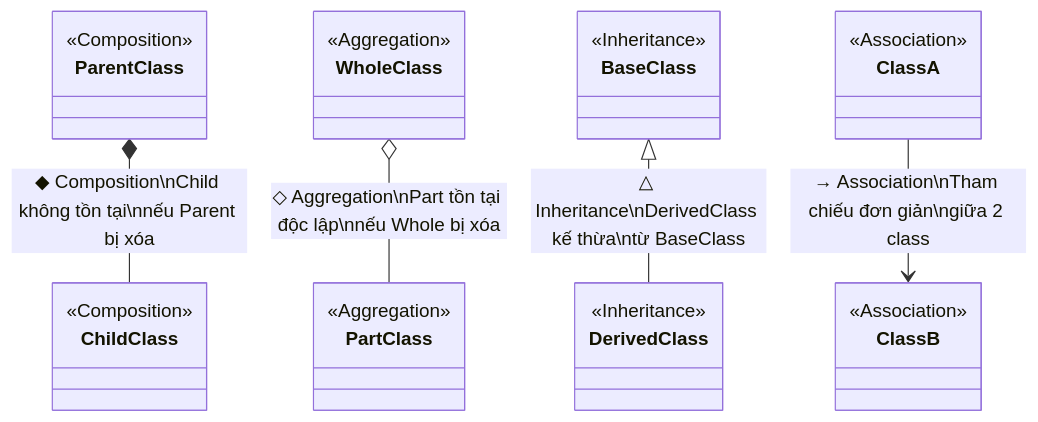
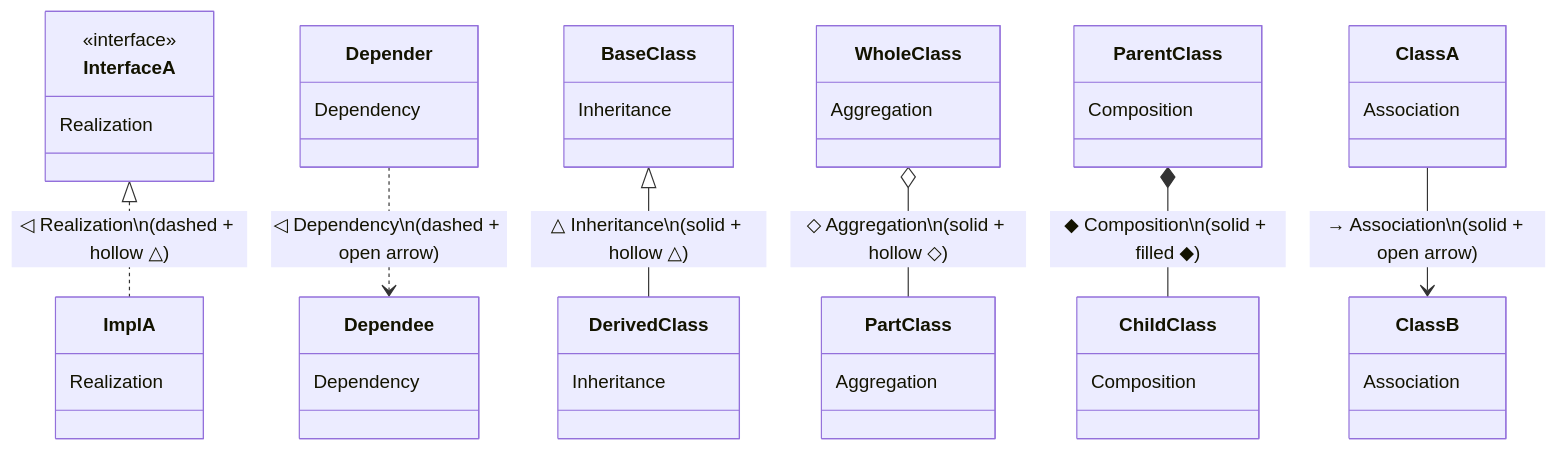
One commit to Capstonne-Project/greenlens-service changed the first of 44 diagrams in docs/BusinessRule/CLASS_DIAGRAMS.md. Above: the diagram before and after it, drawn with Mermaid. The commit also changed other lines of this file, not shown here.

Commit message:
chore(docs): uml relation notation

````diff
--- a/docs/BusinessRule/CLASS_DIAGRAMS.md
+++ b/docs/BusinessRule/CLASS_DIAGRAMS.md
@@ -12,32 +14,47 @@
 ```mermaid
 classDiagram
+    class InterfaceA {
+        <<interface>>
+        Realization
+    }
+    class ImplA {
+        Realization
+    }
+    class Depender {
+        Dependency
+    }
+    class Dependee {
+        Dependency
+    }
+    class BaseClass {
+        Inheritance
+    }
+    class DerivedClass {
+        Inheritance
+    }
+    class WholeClass {
+        Aggregation
+    }
+    class PartClass {
+        Aggregation
+    }
     class ParentClass {
-        <<Composition>>
+        Composition
     }
     class ChildClass {
-        <<Composition>>
-    }
-    class WholeClass {
-        <<Aggregation>>
-    }
-    class PartClass {
-        <<Aggregation>>
-    }
-    class BaseClass {
-        <<Inheritance>>
-    }
-    class DerivedClass {
-        <<Inheritance>>
+        Composition
     }
     class ClassA {
-        <<Association>>
+        Association
     }
     class ClassB {
-        <<Association>>
+        Association
     }
 
-    ParentClass *-- ChildClass : ◆ Composition\nChild không tồn tại\nnếu Parent bị xóa
-    WholeClass o-- PartClass : ◇ Aggregation\nPart tồn tại độc lập\nnếu Whole bị xóa
-    BaseClass <|-- DerivedClass : △ Inheritance\nDerivedClass kế thừa\ntừ BaseClass
-    ClassA --> ClassB : → Association\nTham chiếu đơn giản\ngiữa 2 class
+    InterfaceA <|.. ImplA : ◁ Realization\n(dashed + hollow △)
+    Depender ..> Dependee : ◁ Dependency\n(dashed + open arrow)
+    BaseClass <|-- DerivedClass : △ Inheritance\n(solid + hollow △)
+    WholeClass o-- PartClass : ◇ Aggregation\n(solid + hollow ◇)
+    ParentClass *-- ChildClass : ◆ Composition\n(solid + filled ◆)
+    ClassA --> ClassB : → Association\n(solid + open arrow)
 ```
````
